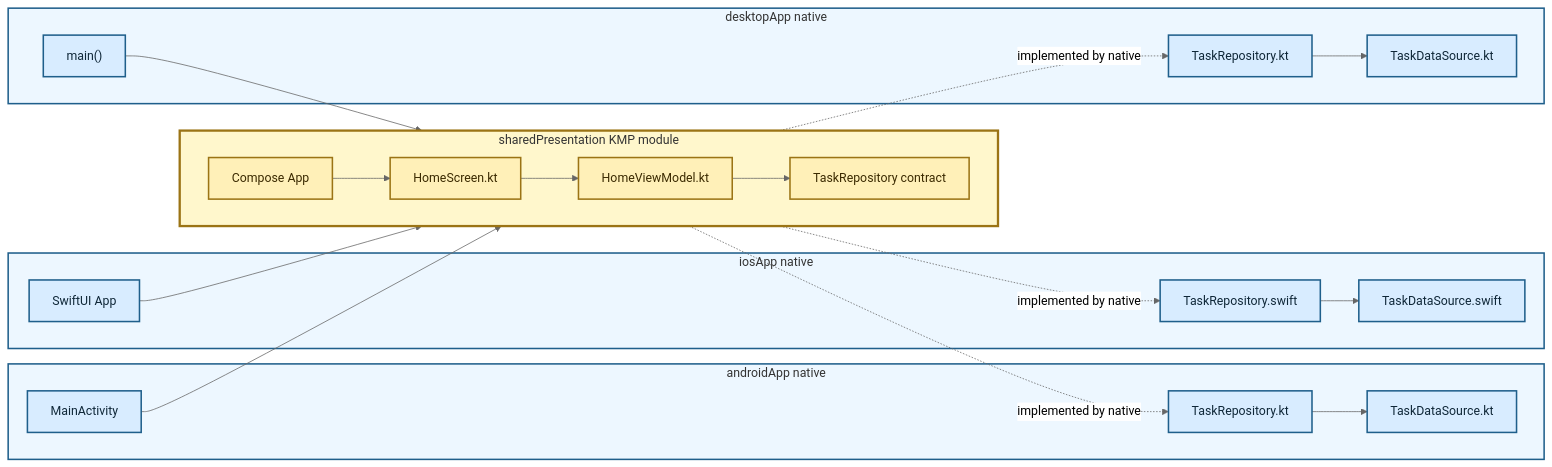
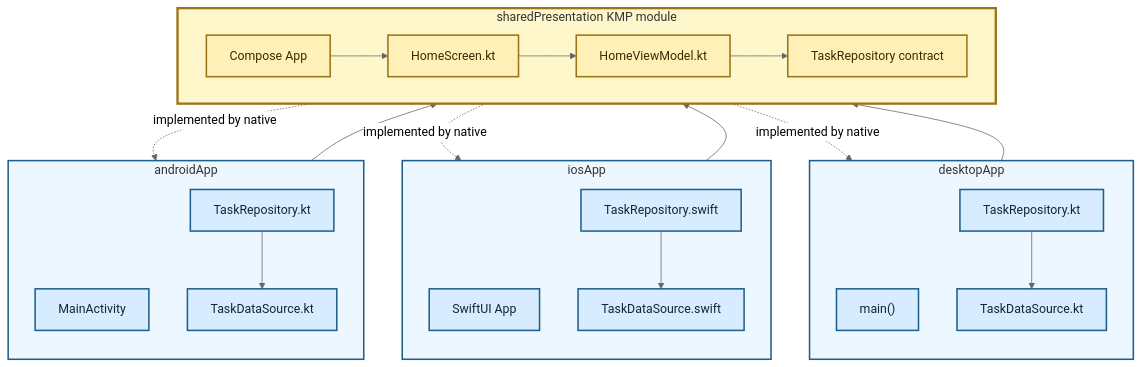
The diagram in diagrams/06-kmp-presentation-layer.md (TheSetox/kmp-sample-diagrams), drawn with Mermaid (neutral theme) before and after one commit. The commit also changed 19 other files, not shown here.

Commit message:
docs: align platform diagram boxes

````diff
--- a/diagrams/06-kmp-presentation-layer.md
+++ b/diagrams/06-kmp-presentation-layer.md
@@ -5,48 +5,51 @@
 ```mermaid
-flowchart LR
-  subgraph Android["androidApp native"]
-    AEntry["MainActivity"]
-    ARepository["TaskRepository.kt"]
-    ADataSource["TaskDataSource.kt"]
-    ARepository --> ADataSource
+flowchart TB
+  subgraph Desktop["desktopApp"]
+    direction TB
+    DEntry["main()"]
+    DRepository["TaskRepository.kt"]
+    DDataSource["TaskDataSource.kt"]
+    DRepository --> DDataSource
   end
 
-  subgraph IOS["iosApp native"]
+  subgraph IOS["iosApp"]
+    direction TB
     IEntry["SwiftUI App"]
     IRepository["TaskRepository.swift"]
     IDataSource["TaskDataSource.swift"]
     IRepository --> IDataSource
   end
 
-  subgraph Desktop["desktopApp native"]
-    DEntry["main()"]
-    DRepository["TaskRepository.kt"]
-    DDataSource["TaskDataSource.kt"]
-    DRepository --> DDataSource
+  subgraph Android["androidApp"]
+    direction TB
+    AEntry["MainActivity"]
+    ARepository["TaskRepository.kt"]
+    ADataSource["TaskDataSource.kt"]
+    ARepository --> ADataSource
   end
 
   subgraph KMP["sharedPresentation KMP module"]
     direction LR
     App["Compose App"]
     Screen["HomeScreen.kt"]
     VM["HomeViewModel.kt"]
     RepositoryPort["TaskRepository contract"]
     App --> Screen --> VM --> RepositoryPort
   end
 
   AEntry --> App
   IEntry --> App
   DEntry --> App
   RepositoryPort -. "implemented by native" .-> ARepository
   RepositoryPort -. "implemented by native" .-> IRepository
   RepositoryPort -. "implemented by native" .-> DRepository
 
   classDef app fill:#d8ecff,stroke:#1f5f8b,color:#0f2738,stroke-width:2px;
   classDef kmp fill:#fff0b8,stroke:#9b7415,color:#3b2a00,stroke-width:2px;
   class AEntry,ARepository,ADataSource,IEntry,IRepository,IDataSource,DEntry,DRepository,DDataSource app;
   class App,Screen,VM,RepositoryPort kmp;
   style Android fill:#edf7ff,stroke:#1f5f8b,stroke-width:2px
   style IOS fill:#edf7ff,stroke:#1f5f8b,stroke-width:2px
   style Desktop fill:#edf7ff,stroke:#1f5f8b,stroke-width:2px
   style KMP fill:#fff7cc,stroke:#9b7415,stroke-width:3px
 ```
````
